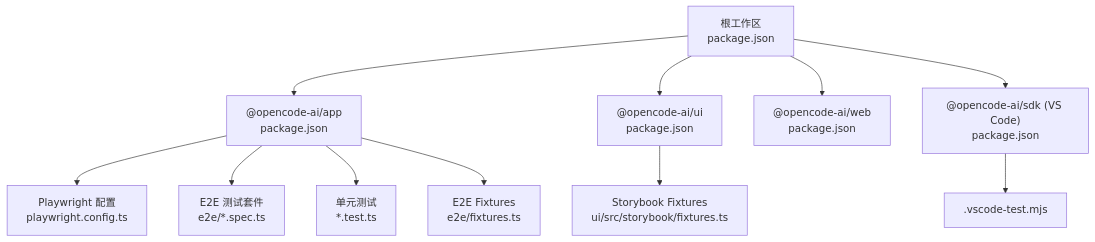
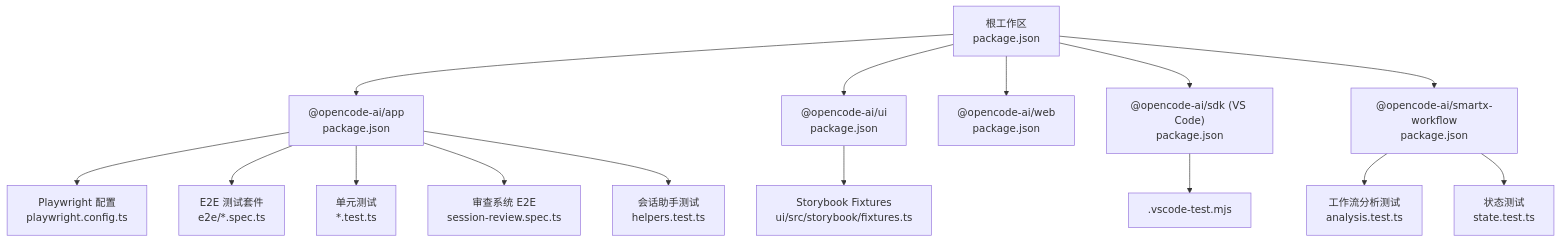
Before and after one commit to 89780012/opencode: the first of 4 diagrams in .lingma/repowiki/zh/content/开发者指南/测试策略.md, drawn with Mermaid. The commit also changed other lines of this file and 7 other files, not shown here.

````diff
--- a/.lingma/repowiki/zh/content/开发者指南/测试策略.md
+++ b/.lingma/repowiki/zh/content/开发者指南/测试策略.md
@@ -36,13 +49,17 @@
 ```mermaid
 graph TB
 Root["根工作区<br/>package.json"] --> App["@opencode-ai/app<br/>package.json"]
 Root --> UI["@opencode-ai/ui<br/>package.json"]
 Root --> Web["@opencode-ai/web<br/>package.json"]
 Root --> SDKVS["@opencode-ai/sdk (VS Code)<br/>package.json"]
+Root --> SmartX["@opencode-ai/smartx-workflow<br/>package.json"]
 App --> PW["Playwright 配置<br/>playwright.config.ts"]
 App --> E2E["E2E 测试套件<br/>e2e/*.spec.ts"]
 App --> Unit["单元测试<br/>*.test.ts"]
-App --> Fixtures["E2E Fixtures<br/>e2e/fixtures.ts"]
+App --> ReviewE2E["审查系统 E2E<br/>session-review.spec.ts"]
+App --> HelpersTest["会话助手测试<br/>helpers.test.ts"]
 UI --> StorybookFix["Storybook Fixtures<br/>ui/src/storybook/fixtures.ts"]
+SmartX --> AnalysisTest["工作流分析测试<br/>analysis.test.ts"]
+SmartX --> StateTest["状态测试<br/>state.test.ts"]
 SDKVS --> VSCodeTest[".vscode-test.mjs"]
 ```
````
